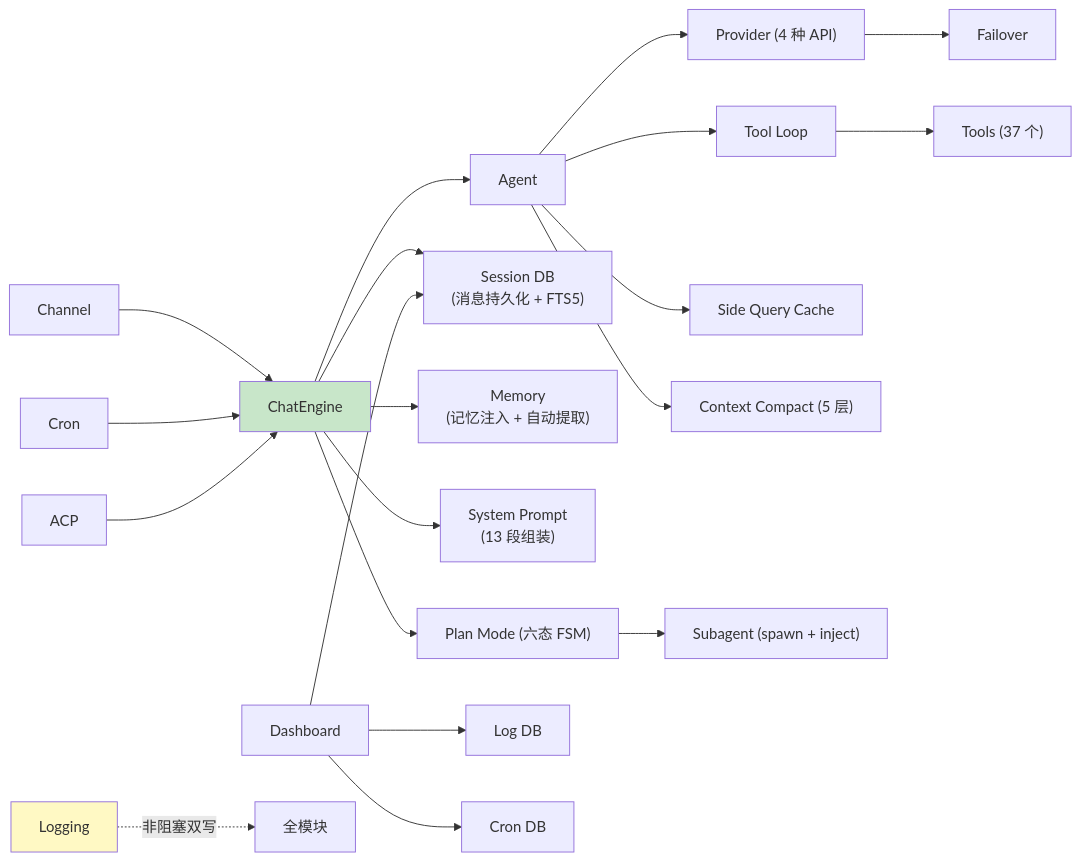
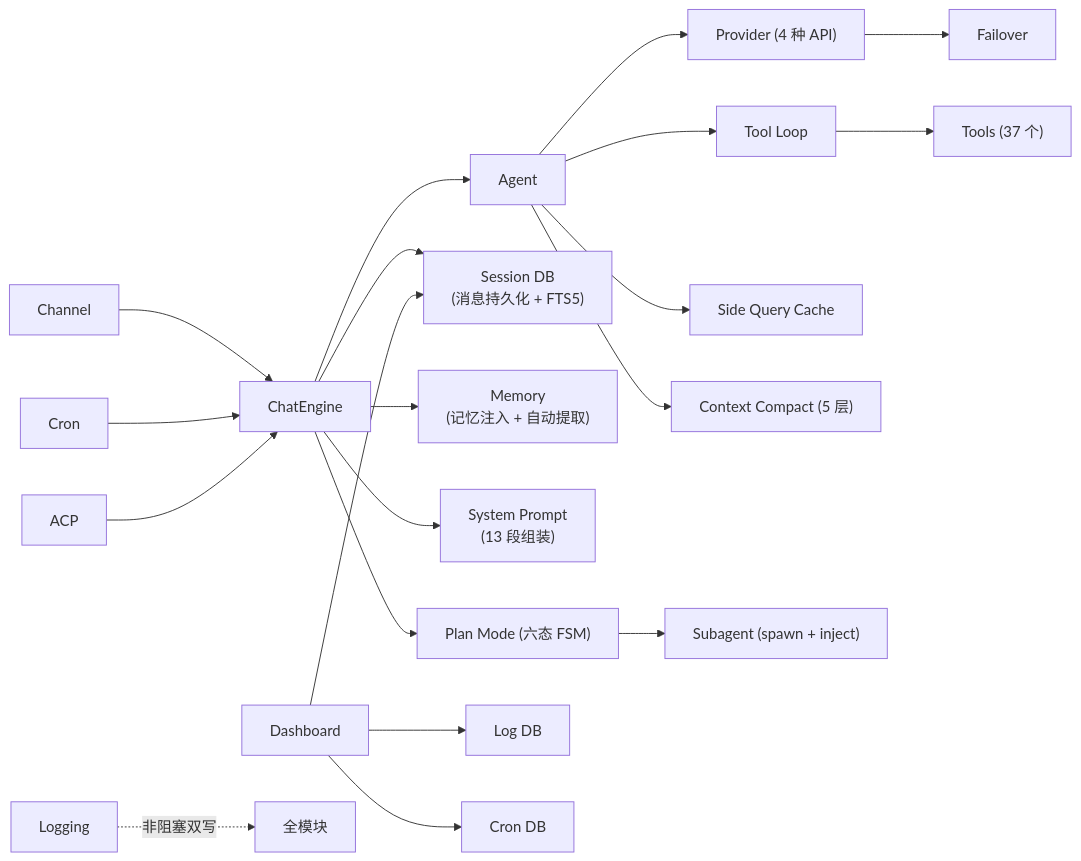
The fourth of 4 diagrams in docs/architecture/overview.md (shiwenwen/hope-agent), drawn with Mermaid before and after one commit. The commit also changed other lines of this file and 13 other files, not shown here.

First line of the commit message:
docs: 移除 mermaid 图表中的自定义背景色填充

````diff
--- a/docs/architecture/overview.md
+++ b/docs/architecture/overview.md
@@ -135,27 +127,25 @@
 ```mermaid
 graph LR
     ChatEngine["ChatEngine"] --> Agent["Agent"]
     Agent --> Provider["Provider (4 种 API)"]
     Provider --> Failover["Failover"]
     Agent --> ToolLoop["Tool Loop"]
     ToolLoop --> Tools["Tools (37 个)"]
     Agent --> SideQuery["Side Query Cache"]
     Agent --> ContextCompact["Context Compact (5 层)"]
 
     ChatEngine --> SessionDB["Session DB<br/>(消息持久化 + FTS5)"]
     ChatEngine --> Memory["Memory<br/>(记忆注入 + 自动提取)"]
     ChatEngine --> SystemPrompt["System Prompt<br/>(13 段组装)"]
     ChatEngine --> PlanMode["Plan Mode (六态 FSM)"]
     PlanMode --> Subagent["Subagent (spawn + inject)"]
 
     Channel["Channel"] --> ChatEngine
     Cron["Cron"] --> ChatEngine
     ACP["ACP"] --> ChatEngine
     Dashboard["Dashboard"] --> SessionDB
     Dashboard --> LogDB["Log DB"]
     Dashboard --> CronDB["Cron DB"]
     Logging["Logging"] -.->|"非阻塞双写"| AllModules["全模块"]
 
-    style ChatEngine fill:#c8e6c9
-    style Logging fill:#fff9c4
 ```
````
